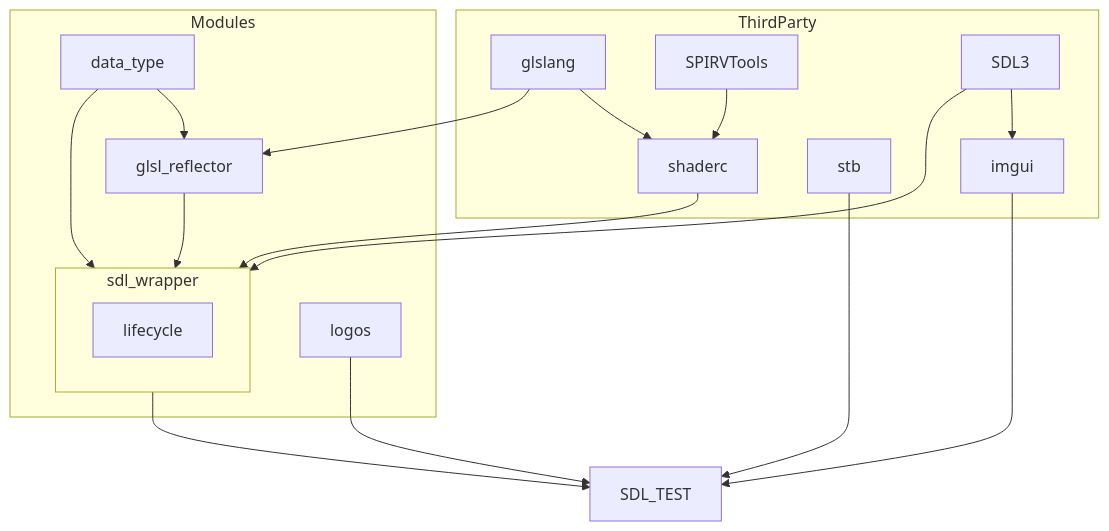
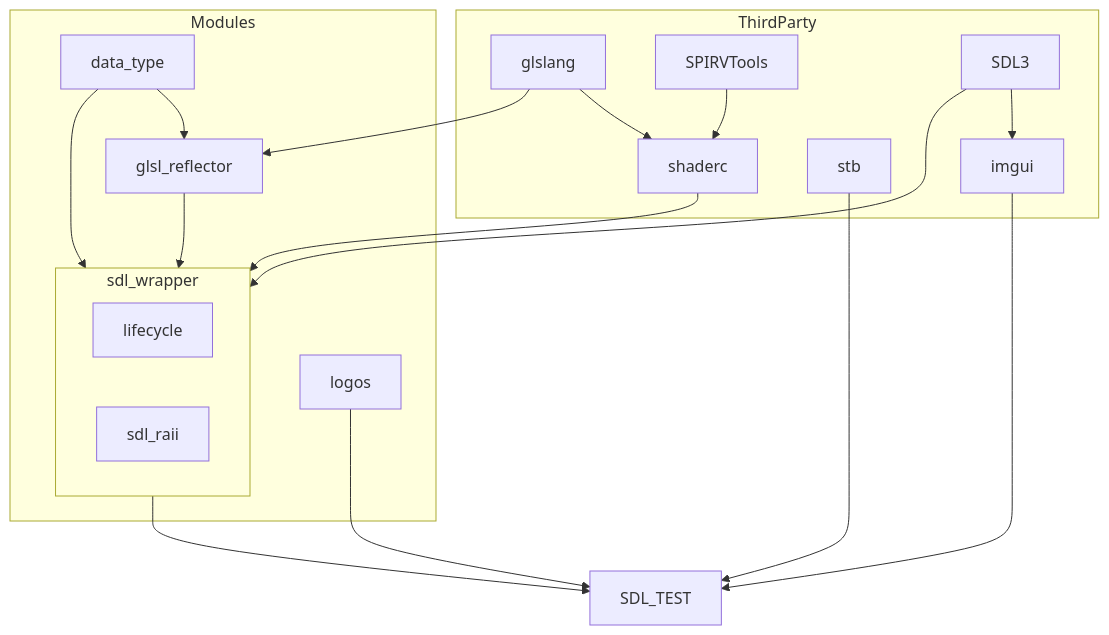
The diagram in README.md (WSQS/sdl_test), drawn with Mermaid before and after one commit.

Commit message:
doc: add node in graph

````diff
--- a/README.md
+++ b/README.md
@@ -7,41 +7,42 @@
 ```mermaid
 graph TD
 
     subgraph ThirdParty
         glslang
         shaderc
         SPIRVTools
         SDL3
         stb
         imgui
     end
 
     subgraph Modules
         data_type
         glsl_reflector
         sdl_wrapper
         logos
     end
     
     subgraph sdl_wrapper
         lifecycle
+        sdl_raii
     end
 
     glslang --> shaderc
     SPIRVTools --> shaderc
 
     SDL3 --> imgui
 
     glslang --> glsl_reflector
     data_type --> glsl_reflector
 
     shaderc --> sdl_wrapper
     SDL3 --> sdl_wrapper
     glsl_reflector --> sdl_wrapper
     data_type --> sdl_wrapper
     
     imgui --> SDL_TEST
     sdl_wrapper --> SDL_TEST
     stb --> SDL_TEST
     logos --> SDL_TEST
 ```
````
